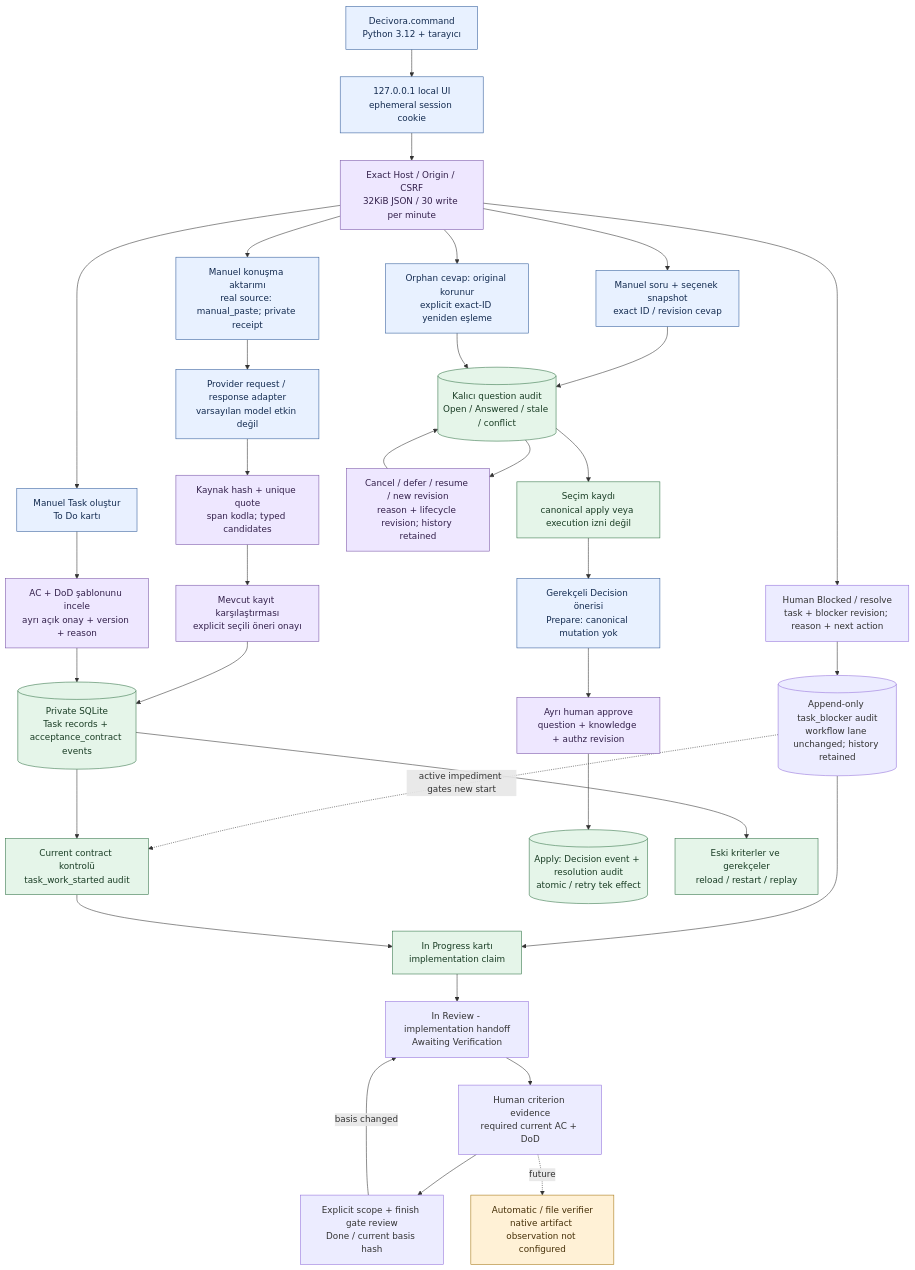
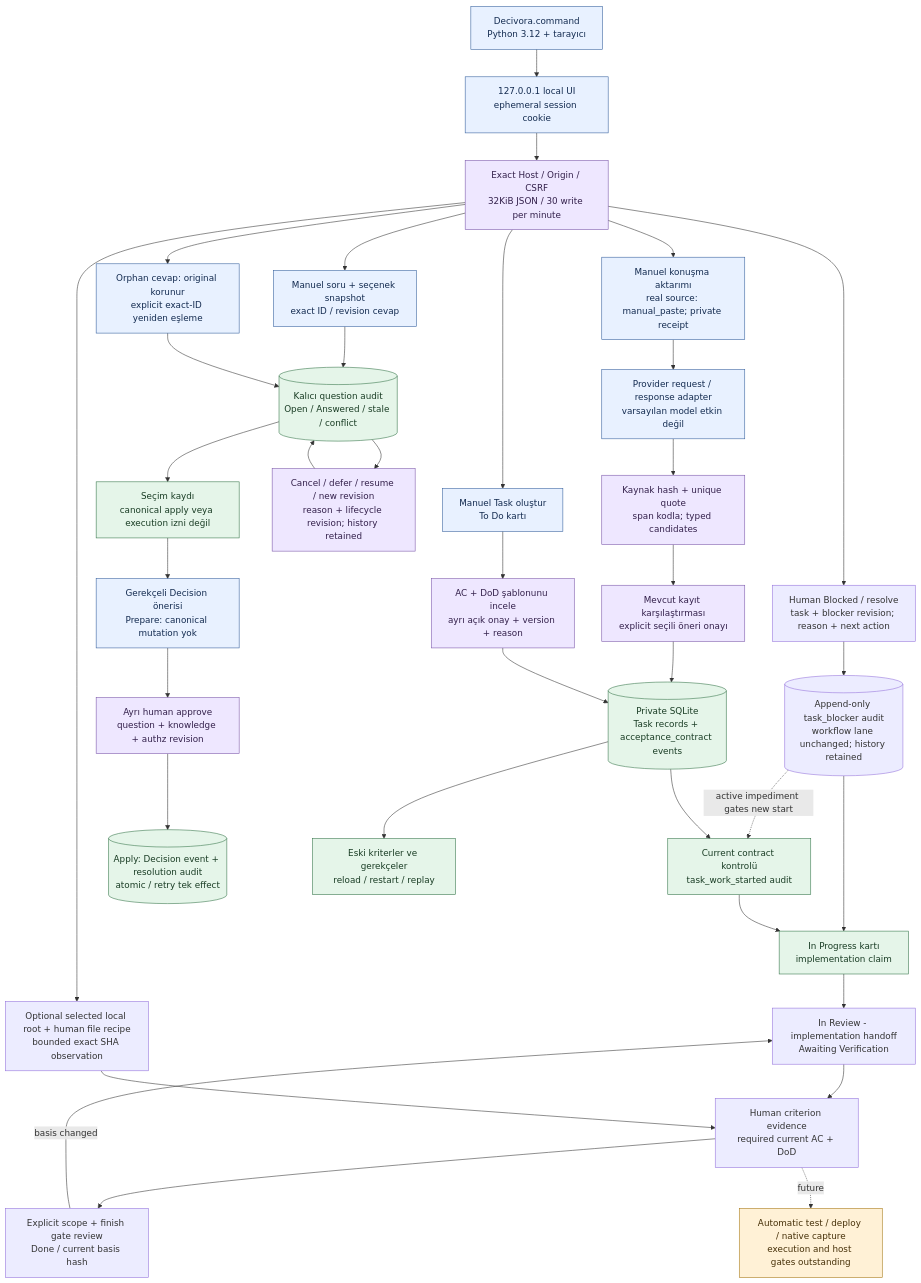
Before and after one commit to alphanAkbulut/decivora: the diagram in docs/architecture/local-preview.md, drawn with Mermaid. The commit also changed other lines of this file and 54 other files, not shown here.

````diff
--- a/docs/architecture/local-preview.md
+++ b/docs/architecture/local-preview.md
@@ -5,47 +5,49 @@
 ```mermaid
 flowchart TB
     accTitle: Çalışan yerel program, onaylı AC ve kalıcı kayıt
     accDescr: Launcher yalnız loopback server açar. Ephemeral yerel session ve CSRF kontrolü gerekir. Manuel görev ve AC kalıcı SQLite'a yazılır. In Progress çalışma beyanıdır, Done yalnız güncel yerel human-review kriterleri ve finish gates geçince üretilir; automatic verifier açık kalır.
     L["Decivora.command<br/>Python 3.12 + tarayıcı"] --> S["127.0.0.1 local UI<br/>ephemeral session cookie"]
     S --> G["Exact Host / Origin / CSRF<br/>32KiB JSON / 30 write per minute"]
     G --> I0["Manuel konuşma aktarımı<br/>real source: manual_paste; private receipt"]
     I0 --> M0["Provider request / response adapter<br/>varsayılan model etkin değil"]
     M0 --> K0["Kaynak hash + unique quote<br/>span kodla; typed candidates"]
     K0 --> E0["Mevcut kayıt karşılaştırması<br/>explicit seçili öneri onayı"]
     E0 --> D
     G --> F0["Human Blocked / resolve<br/>task + blocker revision; reason + next action"]
     F0 --> F1[("Append-only task_blocker audit<br/>workflow lane unchanged; history retained")]
     F1 --> B
     F1 -. active impediment gates new start .-> W
     G --> T["Manuel Task oluştur<br/>To Do kartı"]
     G --> Q["Manuel soru + seçenek snapshot<br/>exact ID / revision cevap"]
     Q --> R[("Kalıcı question audit<br/>Open / Answered / stale / conflict")]
     R --> Z["Cancel / defer / resume / new revision<br/>reason + lifecycle revision; history retained"]
     Z --> R
     G --> U["Orphan cevap: original korunur<br/>explicit exact-ID yeniden eşleme"]
     U --> R
     R --> N["Seçim kaydı<br/>canonical apply veya execution izni değil"]
     N --> P["Gerekçeli Decision önerisi<br/>Prepare: canonical mutation yok"]
     P --> O["Ayrı human approve<br/>question + knowledge + authz revision"]
     O --> C[("Apply: Decision event + resolution audit<br/>atomic / retry tek effect")]
     T --> A["AC + DoD şablonunu incele<br/>ayrı açık onay + version + reason"]
     A --> D[("Private SQLite<br/>Task records + acceptance_contract events")]
     D --> W["Current contract kontrolü<br/>task_work_started audit"]
     W --> B["In Progress kartı<br/>implementation claim"]
     D --> H["Eski kriterler ve gerekçeler<br/>reload / restart / replay"]
     B --> IR["In Review - implementation handoff<br/>Awaiting Verification"]
     IR --> HV["Human criterion evidence<br/>required current AC + DoD"]
     HV --> CD["Explicit scope + finish gate review<br/>Done / current basis hash"]
     CD -->|basis changed| IR
-    HV -. future .-> V["Automatic / file verifier<br/>native artifact observation not configured"]
+    G --> VF["Optional selected local root + human file recipe<br/>bounded exact SHA observation"]
+    VF --> HV
+    HV -. future .-> V["Automatic test / deploy / native capture<br/>execution and host gates outstanding"]
     classDef launcher fill:#e8f1ff,stroke:#315c9b,color:#132b50;
     classDef guard fill:#eee7ff,stroke:#7853a7,color:#33204b;
     classDef stored fill:#e5f5e9,stroke:#327347,color:#193c24;
     classDef pending fill:#fff1d6,stroke:#a47511,color:#463008;
     class L,S,T launcher;
     class G,A,O,Z,K0,E0 guard;
     class D,W,B,H,R,N stored;
     class Q,P,U,I0,M0 launcher;
     class C stored;
     class V pending;
 ```
````
